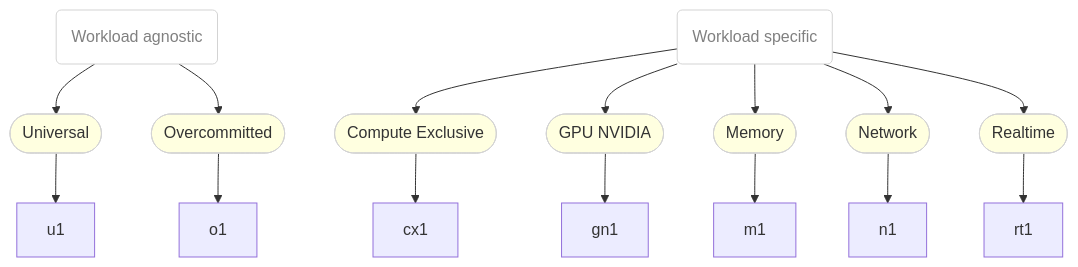
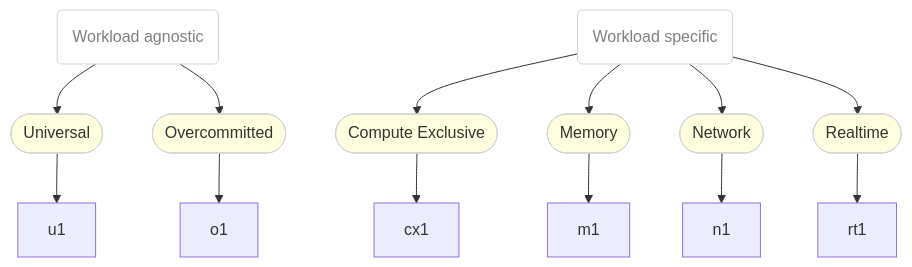
The diagram in README.md (kubevirt/common-instancetypes), drawn with Mermaid before and after one commit. The commit also changed other lines of this file and 10 other files, not shown here.

````diff
--- a/README.md
+++ b/README.md
@@ -20,32 +20,29 @@
 ```mermaid
 graph TD
 
 classDef grp fill:white,stroke:lightgray,color:gray
 classDef series fill:lightyellow,stroke:lightgray
 classDef instancetype fill:
 
 wrklda(Workload agnostic)
 wrklds(Workload specific)
 class wrklda grp
 
 wrklda:::grp --> Universal:::series
 Universal([Universal]):::series --> u1:::instancetype
 
 wrklda:::grp --> Overcommitted:::series
 Overcommitted([Overcommitted]):::series --> o1:::instancetype
 
 wrklds:::grp --> Computeexclusive:::series
 Computeexclusive([Compute Exclusive]):::series --> cx1:::instancetype
 
-wrklds:::grp --> GPUNVIDIA:::series
-GPUNVIDIA([GPU NVIDIA]):::series --> gn1:::instancetype
-
 wrklds:::grp --> Memory:::series
 Memory([Memory]):::series --> m1:::instancetype
 
 wrklds:::grp --> Network:::series
 Network([Network]):::series --> n1:::instancetype
 
 wrklds:::grp --> Realtime:::series
 Realtime([Realtime]):::series --> rt1:::instancetype
 ```
````
